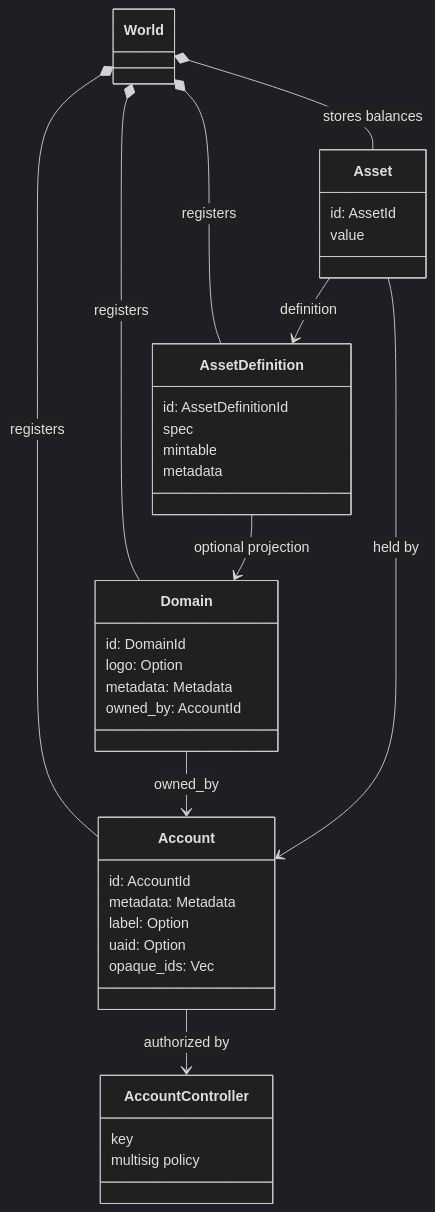
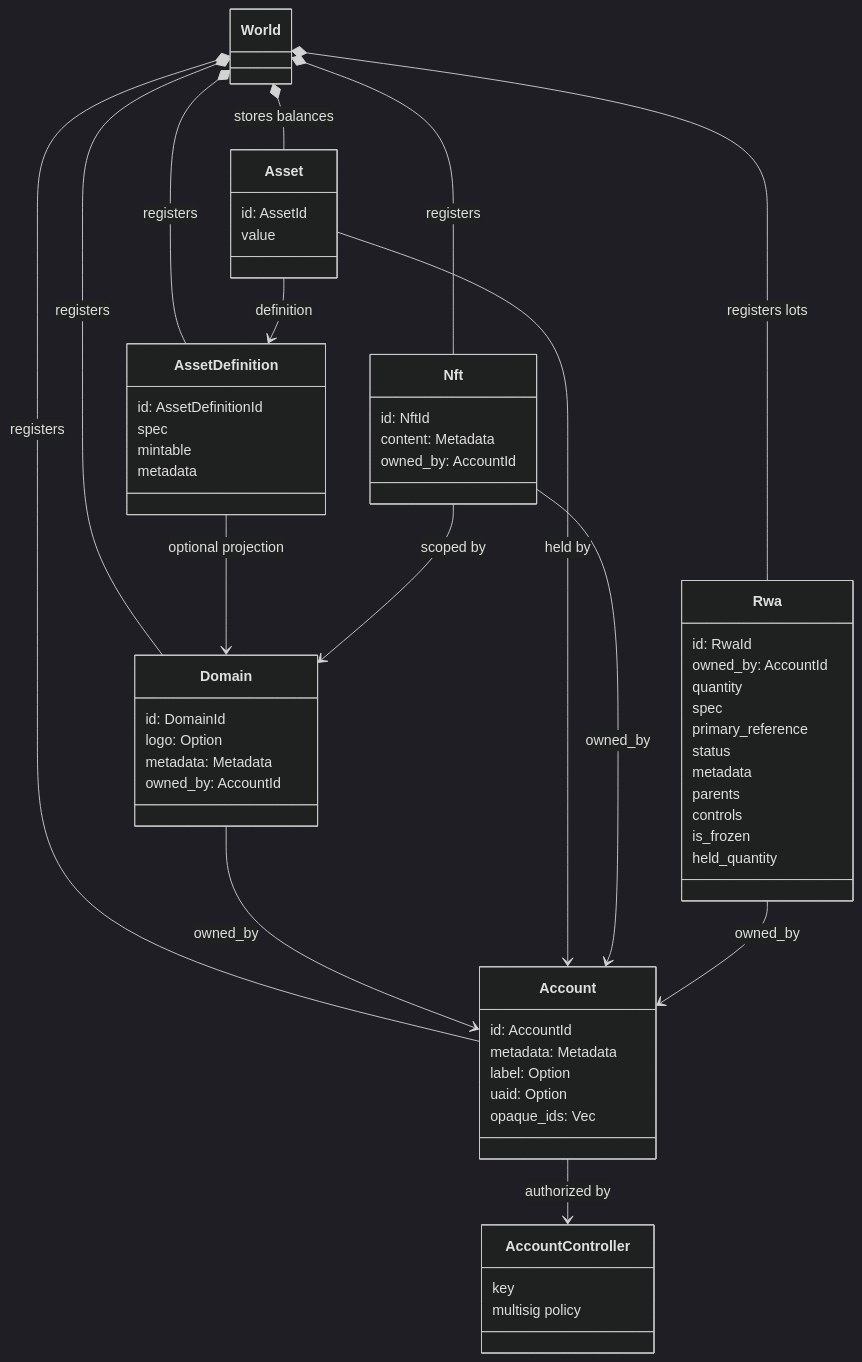
Before and after one commit to hyperledger-iroha/iroha-2-docs: the first of 2 diagrams in src/blockchain/data-model.md, drawn with Mermaid (dark theme). The commit also changed other lines of this file and 67 other files, not shown here.

````diff
--- a/src/blockchain/data-model.md
+++ b/src/blockchain/data-model.md
@@ -14,42 +19,65 @@
 ```mermaid
 classDiagram
 
 class World
 class Domain {
   id: DomainId
   logo: Option<SorafsUri>
   metadata: Metadata
   owned_by: AccountId
 }
 class Account {
   id: AccountId
   metadata: Metadata
   label: Option<AccountAlias>
   uaid: Option<UniversalAccountId>
   opaque_ids: Vec<OpaqueAccountId>
 }
 class AccountController {
   key
   multisig policy
 }
 class AssetDefinition {
   id: AssetDefinitionId
   spec
   mintable
   metadata
 }
 class Asset {
   id: AssetId
   value
 }
+class Nft {
+  id: NftId
+  content: Metadata
+  owned_by: AccountId
+}
+class Rwa {
+  id: RwaId
+  owned_by: AccountId
+  quantity
+  spec
+  primary_reference
+  status
+  metadata
+  parents
+  controls
+  is_frozen
+  held_quantity
+}
 
 World *-- Domain : registers
 World *-- Account : registers
 World *-- AssetDefinition : registers
 World *-- Asset : stores balances
+World *-- Nft : registers
+World *-- Rwa : registers lots
 Account --> AccountController : authorized by
 Domain --> Account : owned_by
 AssetDefinition --> Domain : optional projection
 Asset --> AssetDefinition : definition
 Asset --> Account : held by
+Nft --> Domain : scoped by
+Nft --> Account : owned_by
+Rwa --> Account : owned_by
 ```
````
